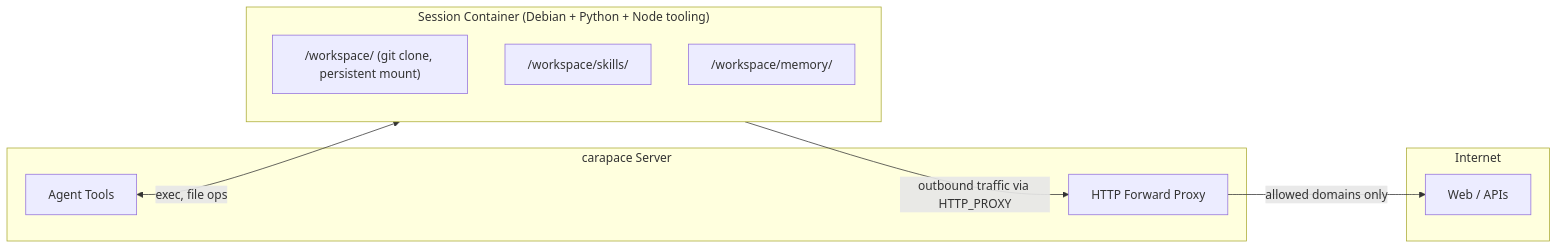
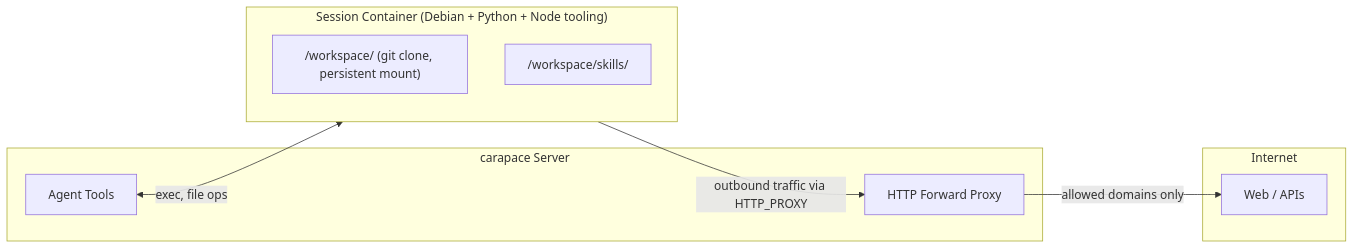
Before and after one commit to jkuball/carapace: the diagram in docs/sandbox.md, drawn with Mermaid. The commit also changed 18 other files, not shown here.

````diff
--- a/docs/sandbox.md
+++ b/docs/sandbox.md
@@ -9,21 +9,20 @@
 ```mermaid
 flowchart LR
     subgraph carapace [carapace Server]
         Agent[Agent Tools]
         Proxy[HTTP Forward Proxy]
     end
 
     subgraph container ["Session Container (Debian + Python + Node tooling)"]
         Workspace["/workspace/ (git clone, persistent mount)"]
         Skills["/workspace/skills/"]
-        Memory["/workspace/memory/"]
     end
 
     subgraph external [Internet]
         APIs[Web / APIs]
     end
 
     Agent <-->|exec, file ops| container
     container -->|outbound traffic via HTTP_PROXY| Proxy
     Proxy -->|allowed domains only| APIs
 ```
````
